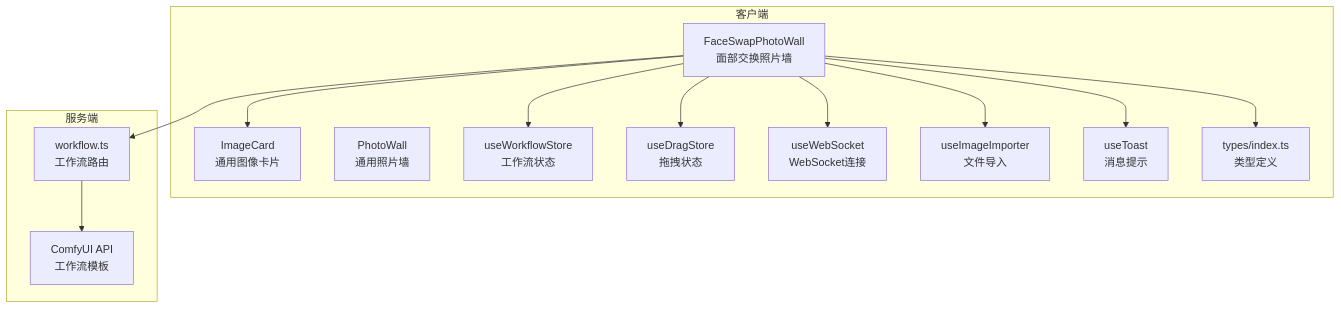
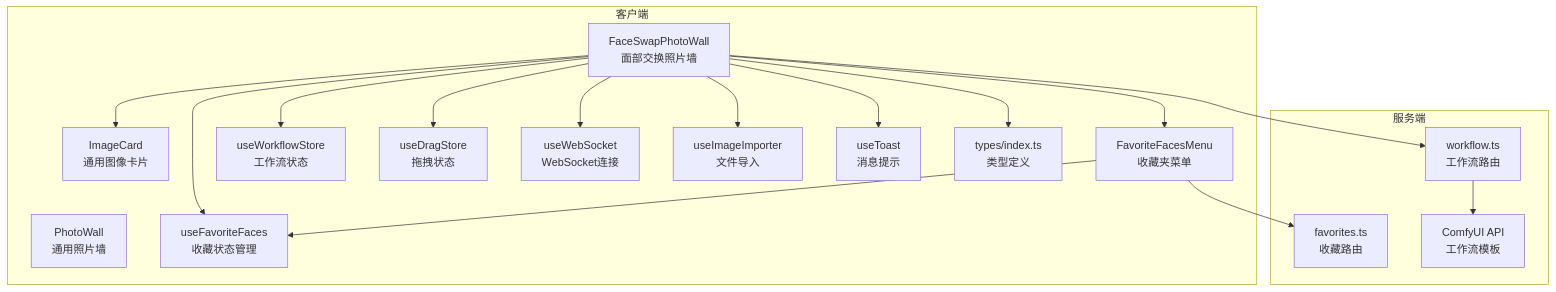
Before and after one commit to billye220670/CorineKit_Pix2Real: the first of 6 diagrams in .qoder/repowiki/zh/content/用户界面组件/专业功能组件/面部交换组件.md, drawn with Mermaid. The commit also changed other lines of this file and 73 other files, not shown here.

````diff
--- a/.qoder/repowiki/zh/content/用户界面组件/专业功能组件/面部交换组件.md
+++ b/.qoder/repowiki/zh/content/用户界面组件/专业功能组件/面部交换组件.md
@@ -50,27 +55,34 @@
 ```mermaid
 graph TB
 subgraph "客户端"
 FSPW["FaceSwapPhotoWall<br/>面部交换照片墙"]
 IC["ImageCard<br/>通用图像卡片"]
 PW["PhotoWall<br/>通用照片墙"]
+FFM["FavoriteFacesMenu<br/>收藏夹菜单"]
+UFF["useFavoriteFaces<br/>收藏状态管理"]
 UWS["useWorkflowStore<br/>工作流状态"]
 UDS["useDragStore<br/>拖拽状态"]
 UWB["useWebSocket<br/>WebSocket连接"]
 UIT["useImageImporter<br/>文件导入"]
 UT["useToast<br/>消息提示"]
 T["types/index.ts<br/>类型定义"]
 end
 subgraph "服务端"
 WR["workflow.ts<br/>工作流路由"]
+FR["favorites.ts<br/>收藏路由"]
 CUI["ComfyUI API<br/>工作流模板"]
 end
 FSPW --> IC
 FSPW --> UWS
 FSPW --> UDS
+FSPW --> UFF
 FSPW --> UWB
 FSPW --> UIT
 FSPW --> UT
 FSPW --> T
 FSPW --> WR
+FSPW --> FFM
+FFM --> UFF
+FFM --> FR
 WR --> CUI
 ```
````
